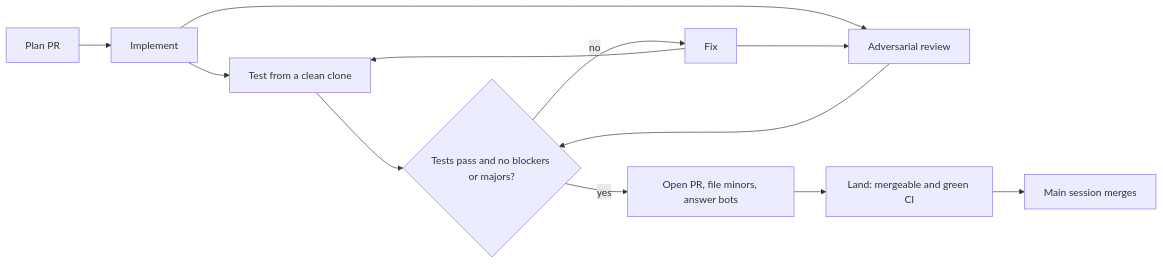
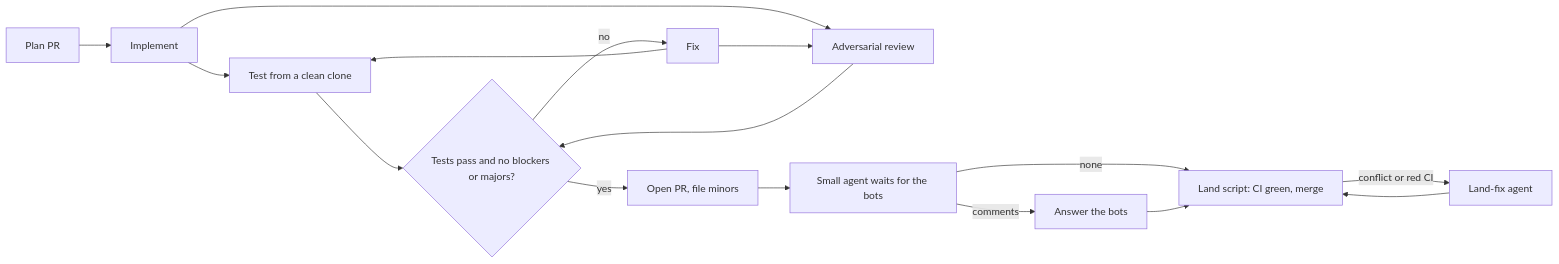
One commit to alfhen/agent-pr-pipeline changed the diagram in SKILL.md. Above: the diagram before and after it, drawn with Mermaid. The commit also changed other lines of this file and 4 other files, not shown here.

Commit message:
Faster, cheaper loop: land by script, a small bot waiter, own-e2e only, effort per step, plan rounds capped

````diff
--- a/SKILL.md
+++ b/SKILL.md
@@ -10,13 +10,16 @@
 ```mermaid
 flowchart LR
   P[Plan PR] --> I[Implement]
   I --> T[Test from a clean clone]
   I --> R[Adversarial review]
   T --> D{Tests pass and no blockers or majors?}
   R --> D
   D -- no --> F[Fix] --> T
   F --> R
-  D -- yes --> B[Open PR, file minors, answer bots]
-  B --> L[Land: mergeable and green CI]
-  L --> M[Main session merges]
+  D -- yes --> O[Open PR, file minors]
+  O --> W[Small agent waits for the bots]
+  W -- comments --> A[Answer the bots]
+  W -- none --> S[Land script: CI green, merge]
+  A --> S
+  S -- conflict or red CI --> X[Land-fix agent] --> S
 ```
````
